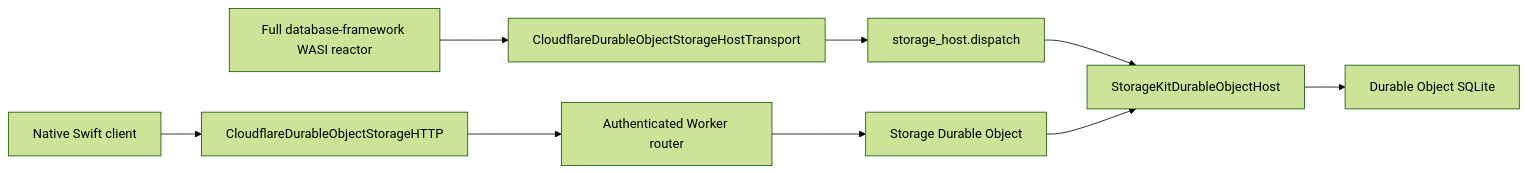
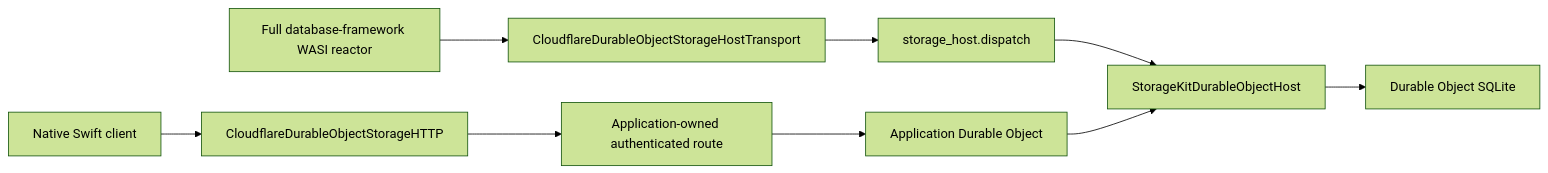
Before and after one commit to 1amageek/storage-kit: the first of 3 diagrams in Docs/CLOUDFLARE_DURABLE_OBJECT_STORAGE_DESIGN.md, drawn with Mermaid (forest theme). The commit also changed other lines of this file and 15 other files, not shown here.

Commit message:
Separate storage host from Worker test fixture

````diff
--- a/Docs/CLOUDFLARE_DURABLE_OBJECT_STORAGE_DESIGN.md
+++ b/Docs/CLOUDFLARE_DURABLE_OBJECT_STORAGE_DESIGN.md
@@ -17,13 +18,13 @@
 ```mermaid
 flowchart LR
     Native["Native Swift client"] --> HTTP["CloudflareDurableObjectStorageHTTP"]
-    HTTP --> Router["Authenticated Worker router"]
-    Router --> DO["Storage Durable Object"]
+    HTTP --> Router["Application-owned authenticated route"]
+    Router --> DO["Application Durable Object"]
 
     Reactor["Full database-framework WASI reactor"] --> HostTransport["CloudflareDurableObjectStorageHostTransport"]
     HostTransport --> Import["storage_host.dispatch"]
     Import --> Store["StorageKitDurableObjectHost"]
 
     DO --> Store
     Store --> SQLite["Durable Object SQLite"]
 ```
````
